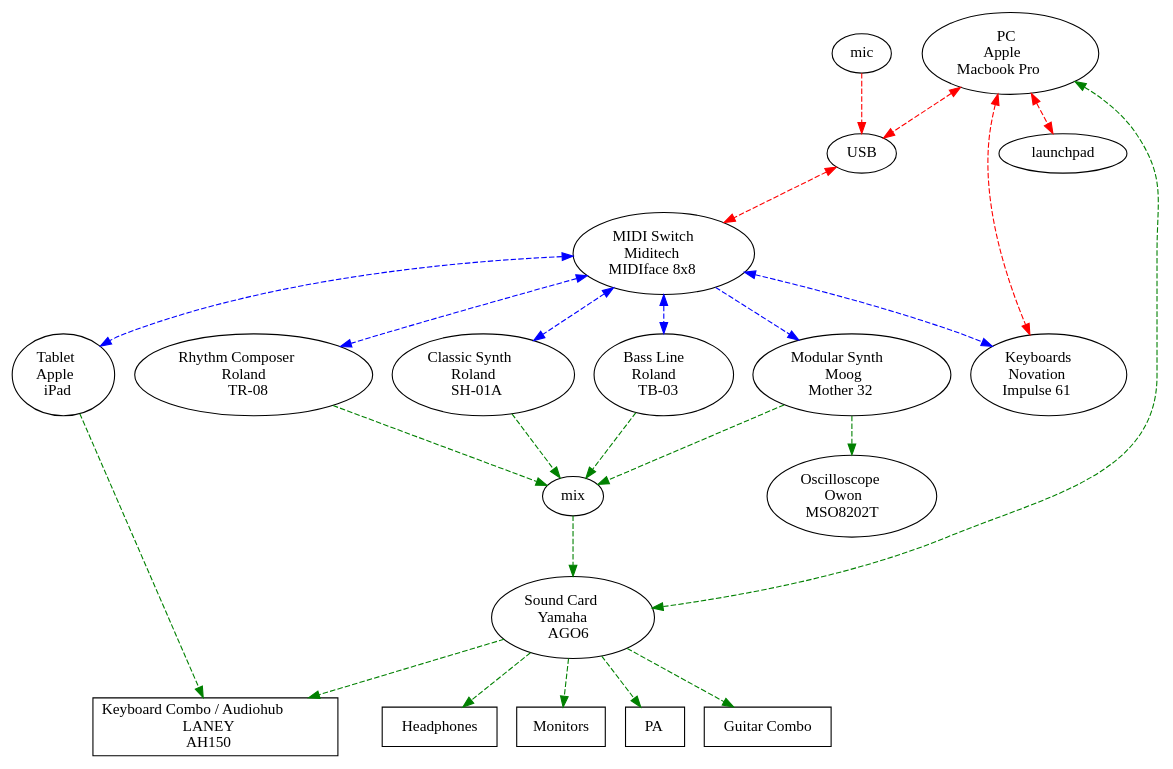
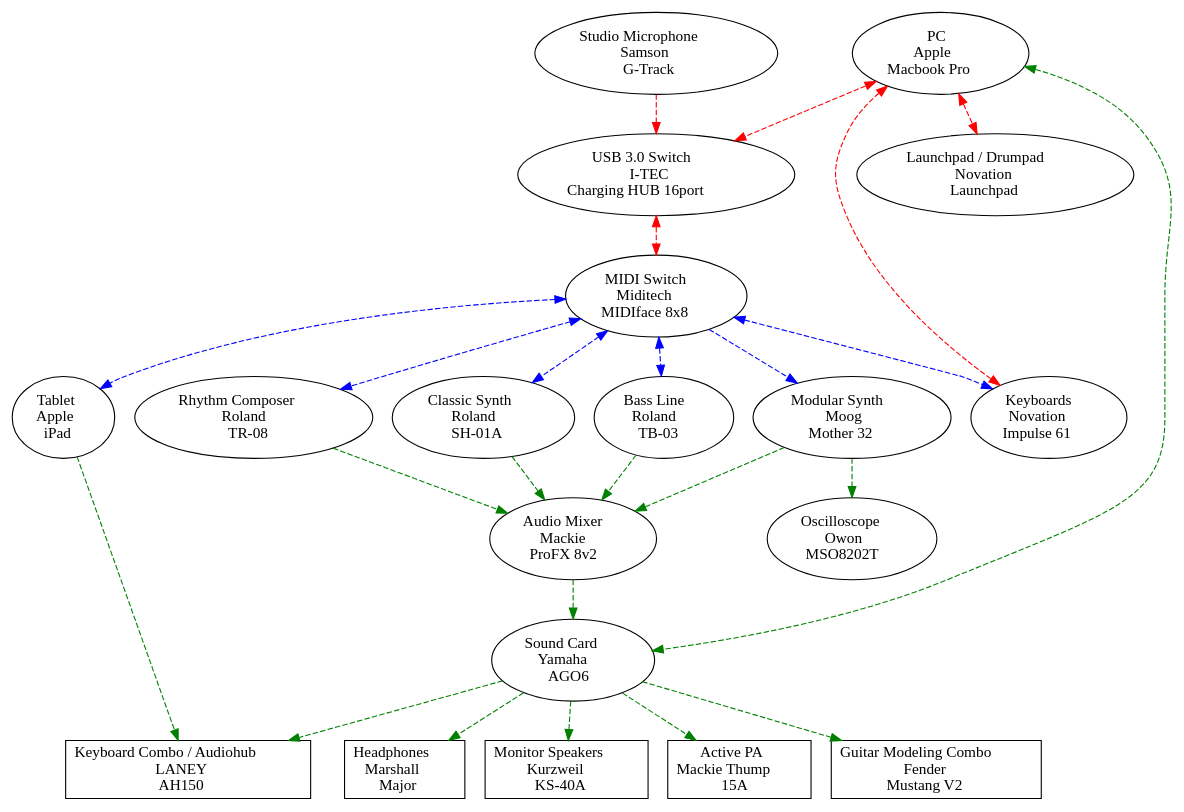
One commit to korczis/dj-schnapps changed the diagram in dots/infrastructure.dot. Above: the diagram before and after it, drawn with Graphviz. The commit also changed 5 other files, not shown here.

```diff
--- a/dots/infrastructure.dot
+++ b/dots/infrastructure.dot
@@ -1,91 +1,94 @@
 
 
 
 
 
 
 digraph G {
     concentrate=true;
 
     # Root nodes
     pc [label=<PC <br/> Apple <br/> Macbook Pro>];
-    usb [label="USB"];
+    usb [label=<USB 3.0 Switch <br/> I-TEC <br/> Charging HUB 16port>];
 
     # Root connections
     pc -> usb [style=dashed, color=red];
     usb -> pc [style=dashed, color=red];
 
     snd [label=<Sound Card <br/> Yamaha <br/> AGO6>];
     pc -> snd [style=dashed, color=green];
     snd -> pc [style=dashed, color=green];
 
     keys [label=<Keyboards <br/> Novation <br/> Impulse 61>]
     pc -> keys [style=dashed, color=red];
     keys -> pc [style=dashed, color=red];
 
     # Midi
     midi [label=<MIDI Switch <br/> Midi­tech <br/> MIDI­face 8x8>]
     midi -> usb [style=dashed, color=red];
     usb -> midi [style=dashed, color=red];
 
+    mic [label=<Studio Microphone <br/> Samson <br/> G-Track>]
     mic -> usb [style=dashed, color=red];
 
     keys -> midi [style=dashed, color=blue];
     midi -> keys [style=dashed, color=blue];
 
     tablet [label=<Tablet <br/> Apple <br/> iPad>]
     tablet -> midi [style=dashed, color=blue];
     midi -> tablet [style=dashed, color=blue];
 
     # Moog
     moog [label=<Modular Synth <br/> Moog <br/> Mother 32>];
     midi -> moog [style=dashed, color=blue];
 
     # TB-03
     tb03 [label=<Bass Line <br/> Roland <br/> TB-03>];
     tb03 -> midi [style=dashed, color=blue];
     midi -> tb03 [style=dashed, color=blue];
 
     tr08 [label=<Rhythm Composer <br/> Roland <br/> TR-08>];
     tr08 -> midi [style=dashed, color=blue];
     midi -> tr08 [style=dashed, color=blue];
 
     sh01 [label=<Classic Synth <br/> Roland <br/> SH-01A>];
     sh01 -> midi [style=dashed, color=blue];
     midi -> sh01 [style=dashed, color=blue];
 
+    mix [label=<Audio Mixer <br/> Mackie <br/> ProFX 8v2>]
     mix -> snd [style=dashed, color=green];
 
     # Synths to mix
     moog -> mix [style=dashed, color=green];
     tb03 -> mix [style=dashed, color=green];
     tr08 -> mix [style=dashed, color=green];
     sh01 -> mix [style=dashed, color=green];
 
+    launchpad [label=<Launchpad / Drumpad <br/> Novation <br/> Launchpad>]
     pc -> launchpad [style=dashed, color=red];
     launchpad -> pc [style=dashed, color=red];
 
     # Sound outputs
 
     ## Output - Definitions
     node [shape=box];
 
-    guitar_combo [label = "Guitar Combo"];
+    guitar_combo [label = <Guitar Modeling Combo <br/> Fender <br/> Mustang V2>];
     keys_combo [label = <Keyboard Combo / Audiohub <br/> LANEY <br/> AH150>];
-    headphones [label = "Headphones"];
-    monitors [label = "Monitors"];
-    pa [label=<PA>];
+    headphones [label =<Headphones <br/> Marshall <br/> Major>];
+    monitors [label=<Monitor Speakers <br/> Kurzweil <br/> KS-40A>];
+    pa [label=<Active PA <br/> Mackie Thump <br/> 15A>];
 
     ## Output - Connections
     snd -> pa [style=dashed, color=green];
     snd -> guitar_combo [style=dashed, color=green];
     snd -> monitors [style=dashed, color=green];
     snd -> headphones [style=dashed, color=green];
     snd -> keys_combo [style=dashed, color=green];
 
     tablet -> keys_combo [style=dashed, color=green];
 
     # Extra stuff
     oscilloscope [label=<Oscilloscope <br/> Owon <br/> MSO8202T>, shape="ellipse"];
     moog -> oscilloscope [style=dashed, color=green];
 }
```
